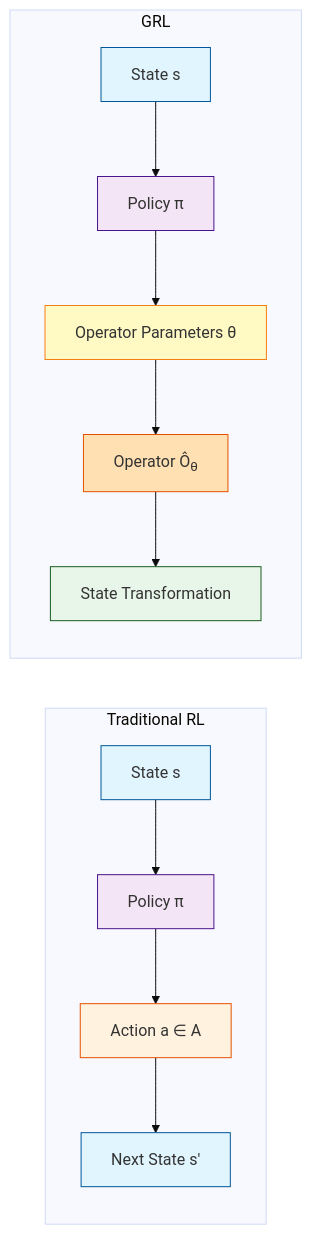
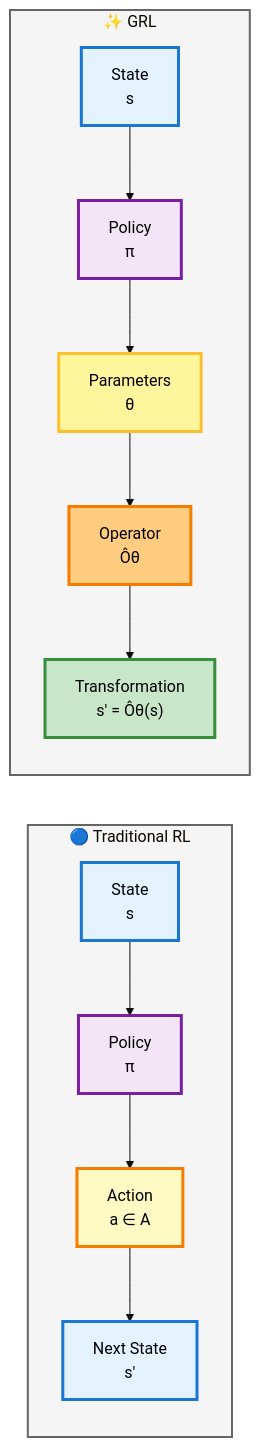
One commit to pleiadian53/GRL changed the first of 2 diagrams in README.md. Above: the diagram before and after it, drawn with Mermaid (base theme). The commit also changed other lines of this file, not shown here.

Commit message:
style: Improve Mermaid diagrams visibility and layout
- Change to horizontal layout (LR) for both diagrams
- Use black text for better readability
- Apply lighter, pastel colors for boxes
- Add emojis to learning loop diagram
- Increase stroke width for better definition

````diff
--- a/README.md
+++ b/README.md
@@ -15,26 +15,29 @@
 ```mermaid
 graph LR
-    subgraph Traditional RL
-        S1[State s] --> P1[Policy π]
-        P1 --> A1[Action a ∈ A]
-        A1 --> S2[Next State s']
+    subgraph Traditional["🔵 Traditional RL"]
+        S1["State<br/>s"] --> P1["Policy<br/>π"]
+        P1 --> A1["Action<br/>a ∈ A"]
+        A1 --> S2["Next State<br/>s'"]
     end
     
-    subgraph GRL
-        S3[State s] --> P2[Policy π]
-        P2 --> O1[Operator Parameters θ]
-        O1 --> O2[Operator Ô<sub>θ</sub>]
-        O2 --> S4[State Transformation]
+    subgraph GRL["✨ GRL"]
+        S3["State<br/>s"] --> P2["Policy<br/>π"]
+        P2 --> O1["Parameters<br/>θ"]
+        O1 --> O2["Operator<br/>Ôθ"]
+        O2 --> S4["Transformation<br/>s' = Ôθ(s)"]
     end
     
-    style S1 fill:#e1f5ff,stroke:#01579b
-    style S2 fill:#e1f5ff,stroke:#01579b
-    style A1 fill:#fff3e0,stroke:#e65100
-    style P1 fill:#f3e5f5,stroke:#4a148c
+    style S1 fill:#e3f2fd,stroke:#1976d2,stroke-width:3px,color:#000
+    style S2 fill:#e3f2fd,stroke:#1976d2,stroke-width:3px,color:#000
+    style A1 fill:#fff9c4,stroke:#f57c00,stroke-width:3px,color:#000
+    style P1 fill:#f3e5f5,stroke:#7b1fa2,stroke-width:3px,color:#000
     
-    style S3 fill:#e1f5ff,stroke:#01579b
-    style S4 fill:#e8f5e9,stroke:#1b5e20
-    style O1 fill:#fff9c4,stroke:#f57f17
-    style O2 fill:#ffe0b2,stroke:#e65100
-    style P2 fill:#f3e5f5,stroke:#4a148c
+    style S3 fill:#e3f2fd,stroke:#1976d2,stroke-width:3px,color:#000
+    style S4 fill:#c8e6c9,stroke:#388e3c,stroke-width:3px,color:#000
+    style O1 fill:#fff59d,stroke:#fbc02d,stroke-width:3px,color:#000
+    style O2 fill:#ffcc80,stroke:#f57c00,stroke-width:3px,color:#000
+    style P2 fill:#f3e5f5,stroke:#7b1fa2,stroke-width:3px,color:#000
+    
+    style Traditional fill:#f5f5f5,stroke:#666,stroke-width:2px
+    style GRL fill:#f5f5f5,stroke:#666,stroke-width:2px
 ```
````
